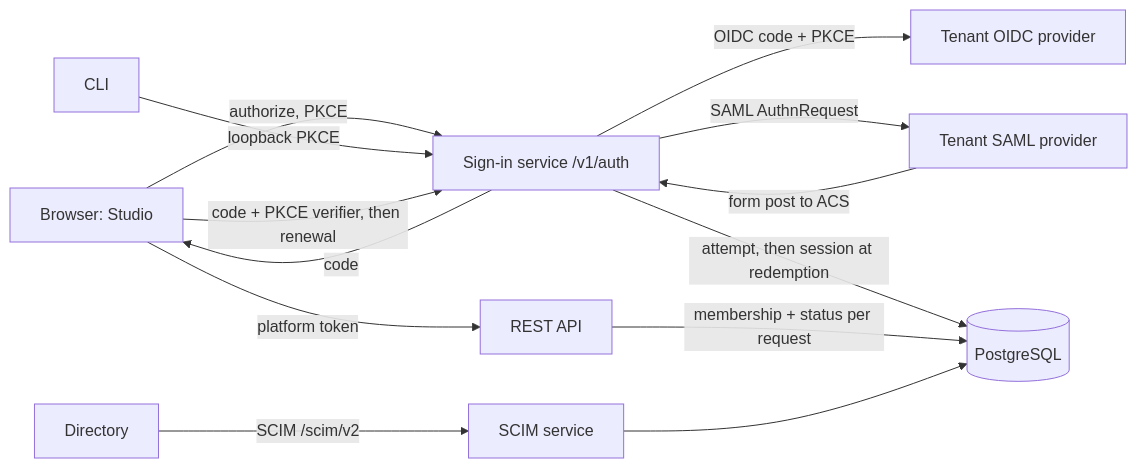
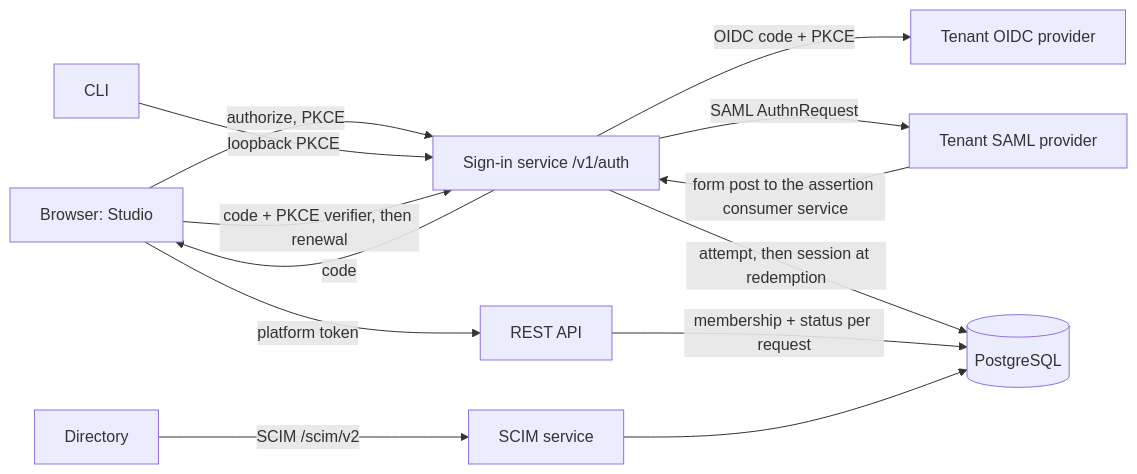
Before and after one commit to ortisun/sagat-octopus-orchestrator: the diagram in docs/designs/013-federated-login.md, drawn with Mermaid. The commit also changed other lines of this file and 3 other files, not shown here.

````diff
--- a/docs/designs/013-federated-login.md
+++ b/docs/designs/013-federated-login.md
@@ -612,15 +661,15 @@
 ```mermaid
 flowchart LR
   B[Browser: Studio] -->|authorize, PKCE| S[Sign-in service /v1/auth]
   C[CLI] -->|loopback PKCE| S
   S -->|OIDC code + PKCE| O[Tenant OIDC provider]
   S -->|SAML AuthnRequest| M[Tenant SAML provider]
-  M -->|form post to ACS| S
+  M -->|form post to the assertion consumer service| S
   S -->|attempt, then session at redemption| P[(PostgreSQL)]
   S -->|code| B
   B -->|code + PKCE verifier, then renewal| S
   B -->|platform token| A[REST API]
   A -->|membership + status per request| P
   D[Directory] -->|SCIM /scim/v2| R[SCIM service]
   R --> P
 ```
````
